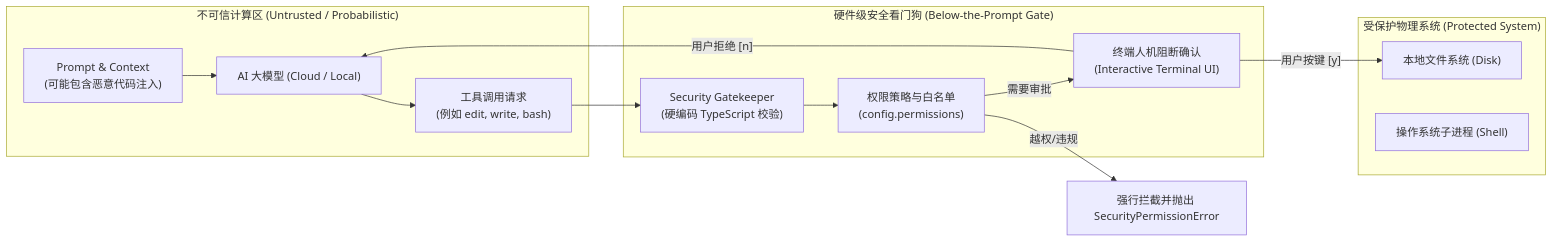
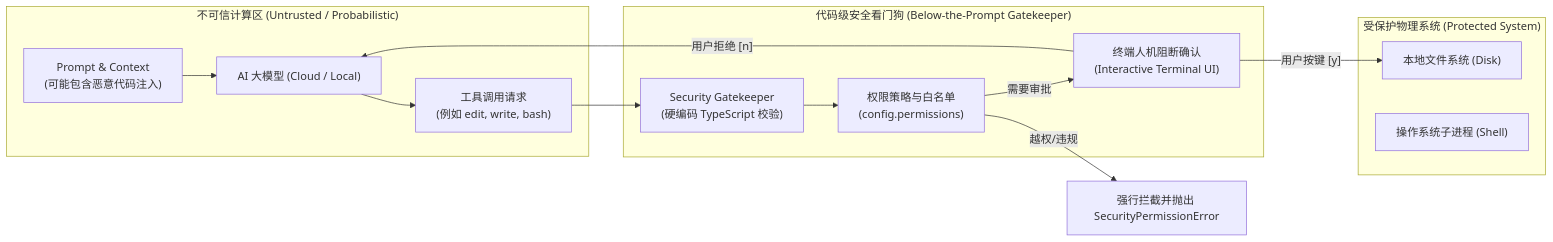
One commit to Aoody743/nightglide-cli changed the second of 2 diagrams in docs/SECURITY.md. Above: the diagram before and after it, drawn with Mermaid. The commit also changed other lines of this file and 38 other files, not shown here.

````diff
--- a/docs/SECURITY.md
+++ b/docs/SECURITY.md
@@ -40,28 +40,28 @@
 ```mermaid
 flowchart LR
     subgraph UntrustedZone ["不可信计算区 (Untrusted / Probabilistic)"]
         LLM["AI 大模型 (Cloud / Local)"]
         Prompt["Prompt & Context\n(可能包含恶意代码注入)"]
         ToolCall["工具调用请求\n(例如 edit, write, bash)"]
     end
 
-    subgraph DefenseGate ["硬件级安全看门狗 (Below-the-Prompt Gate)"]
+    subgraph DefenseGate ["代码级安全看门狗 (Below-the-Prompt Gatekeeper)"]
         Gatekeeper["Security Gatekeeper\n(硬编码 TypeScript 校验)"]
         Whitelist["权限策略与白名单\n(config.permissions)"]
         UserPrompt["终端人机阻断确认\n(Interactive Terminal UI)"]
     end
 
     subgraph ExecutionZone ["受保护物理系统 (Protected System)"]
         Disk["本地文件系统 (Disk)"]
         Shell["操作系统子进程 (Shell)"]
     end
 
     LLM --> ToolCall
     Prompt --> LLM
     ToolCall --> Gatekeeper
     Gatekeeper --> Whitelist
     Whitelist -- "需要审批" --> UserPrompt
     UserPrompt -- "用户按键 [y]" --> Disk
     UserPrompt -- "用户拒绝 [n]" --> LLM
     Whitelist -- "越权/违规" --> Intercept["强行拦截并抛出 SecurityPermissionError"]
 ```
````
